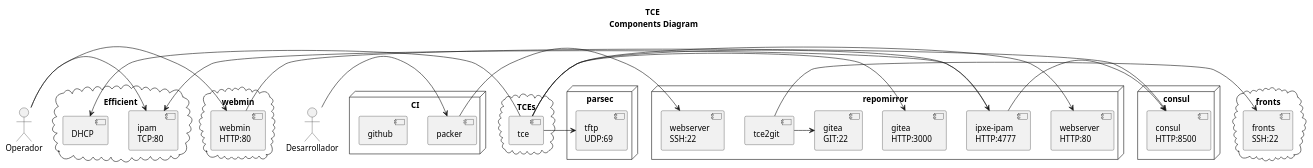
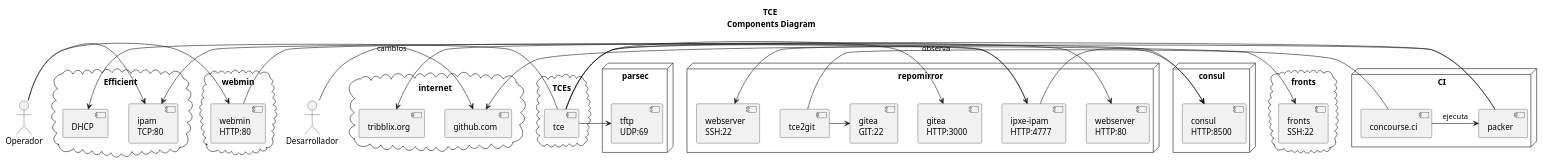
One commit to juaningan/metro-parsec changed the diagram in tce-estacion/doc/comp.puml. Above: the diagram before and after it, drawn with PlantUML.

Commit message:
Add CI concourse

```diff
--- a/tce-estacion/doc/comp.puml
+++ b/tce-estacion/doc/comp.puml
@@ -1,61 +1,69 @@
 @startuml
 title TCE\n Components Diagram
 skinparam componentStyle uml2
 
 actor Operador
 actor Desarrollador
 
 cloud "Efficient" {
   [DHCP]
   [ipam\nTCP:80] as IPAM80
 }
 
 node "repomirror" {
   [tce2git]
   [webserver\nHTTP:80] as WEB80
   [webserver\nSSH:22] as WEB22
   [gitea\nHTTP:3000] as GITEA3000
   [gitea\nGIT:22] as GITEA22
   [ipxe-ipam\nHTTP:4777] as IPXE4777
 }
 
 node "consul" {
   [consul\nHTTP:8500] as CONSUL8500
 }
 
 cloud "fronts" {
   [fronts\nSSH:22] as FRONTS22
 }
 
 cloud "TCEs" {
   [tce]
 }
 
 cloud "webmin" {
   [webmin\nHTTP:80] as WEBMIN80
 }
 
 node "parsec" {
   [tftp\nUDP:69] as TFTP69
 }
 
+cloud "internet" {
+  [github.com]
+  [tribblix.org]
+}
+
 node "CI" {
+  [concourse.ci]
   [packer]
-  [github]
 }
 
 Operador -> IPAM80
 Operador -> WEBMIN80
-Desarrollador -> [packer]
+Desarrollador -> github.com : cambios
 [tce] -> DHCP
 [tce] -> TFTP69
 [tce] -> WEB80
 [tce] -> IPXE4777
 [tce] -> GITEA3000
 IPXE4777 -> IPAM80
 IPXE4777 -> CONSUL8500
 WEBMIN80 -> CONSUL8500
 [tce2git] -> FRONTS22
 [tce2git] -> GITEA22
 [packer] -> WEB22
+[concourse.ci] -> [github.com] : observa
+[concourse.ci] -> [packer] : ejecuta
+[packer] -> [tribblix.org]
 @enduml
```
